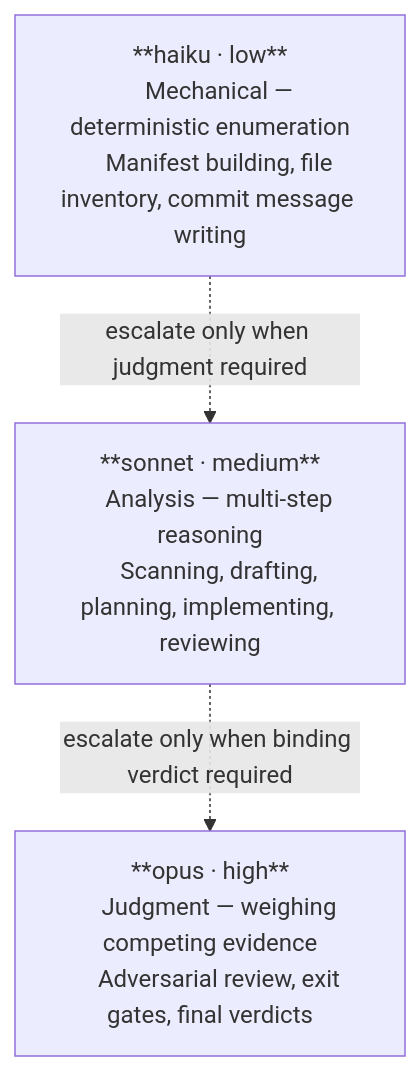
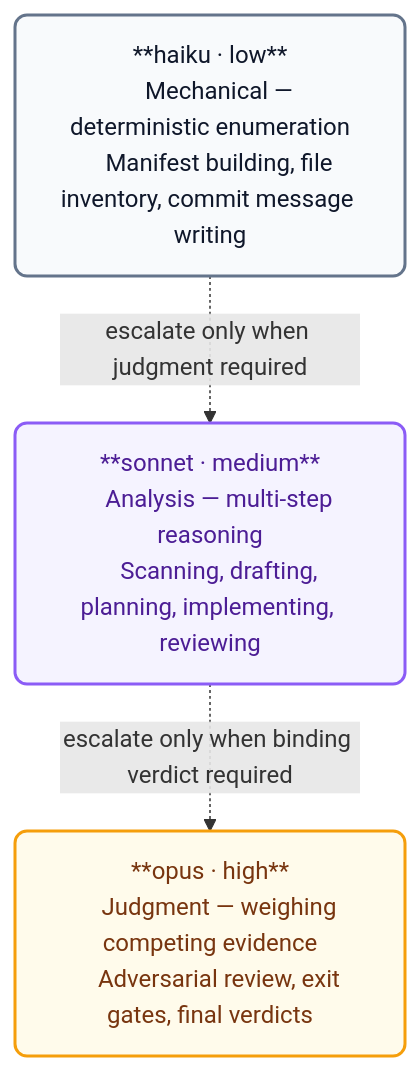
The third of 4 diagrams in ARCHITECTURE.md (orin-dx/agent-plugins), drawn with Mermaid before and after one commit. The commit also changed other lines of this file and 1 other file, not shown here.

````diff
--- a/ARCHITECTURE.md
+++ b/ARCHITECTURE.md
@@ -97,17 +119,25 @@
 ```mermaid
 flowchart TD
+    classDef store fill:#f8fafc,stroke:#64748b,stroke-width:2px,color:#0f172a,rx:8px,ry:8px;
+    classDef engine fill:#f5f3ff,stroke:#8b5cf6,stroke-width:2px,color:#4c1d95,rx:8px,ry:8px;
+    classDef router fill:#fffbeb,stroke:#f59e0b,stroke-width:2px,color:#78350f,rx:8px,ry:8px;
+
     H["**haiku · low**
     Mechanical — deterministic enumeration
     Manifest building, file inventory, commit message writing"]
 
     S["**sonnet · medium**
     Analysis — multi-step reasoning
     Scanning, drafting, planning, implementing, reviewing"]
 
     O["**opus · high**
     Judgment — weighing competing evidence
     Adversarial review, exit gates, final verdicts"]
 
     H -. "escalate only when judgment required" .-> S
     S -. "escalate only when binding verdict required" .-> O
+
+    class H store
+    class S engine
+    class O router
 ```
````
